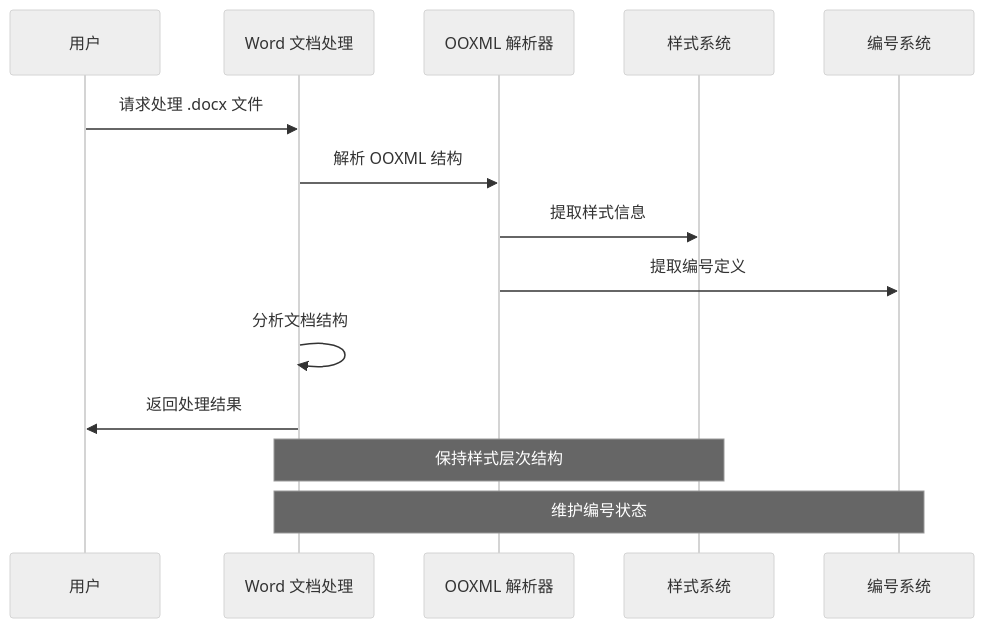
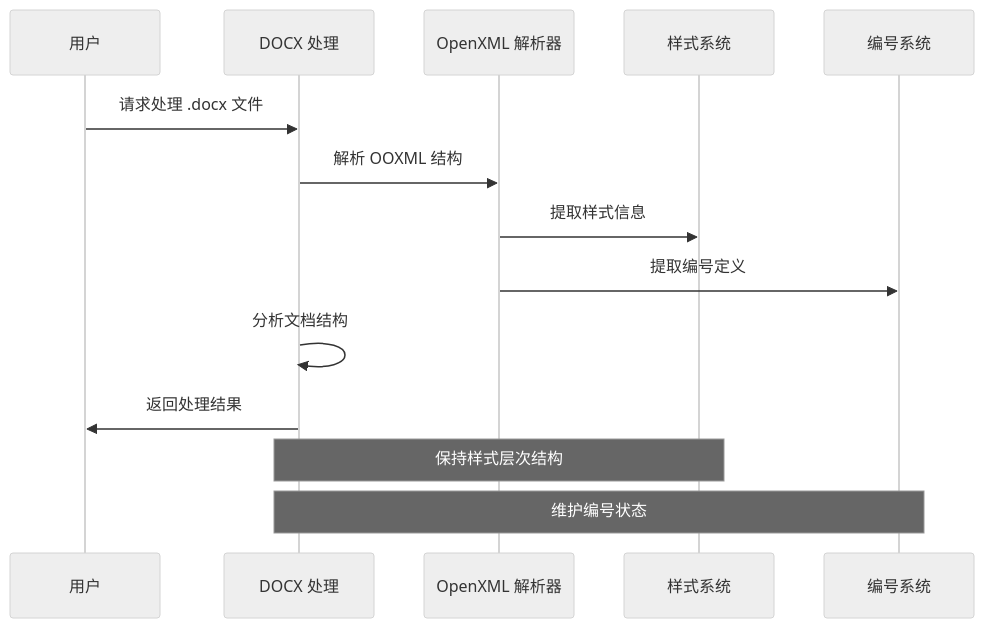
One commit to verse-ai-org/openclaw changed the third of 9 diagrams in .qoder/repowiki/zh/content/技能平台/内置技能/Word 文档处理技能.md. Above: the diagram before and after it, drawn with Mermaid (neutral theme). The commit also changed other lines of this file and 48 other files, not shown here.

````diff
--- a/.qoder/repowiki/zh/content/技能平台/内置技能/Word 文档处理技能.md
+++ b/.qoder/repowiki/zh/content/技能平台/内置技能/Word 文档处理技能.md
@@ -160,16 +175,16 @@
 ```mermaid
 sequenceDiagram
 participant U as 用户
-participant W as Word 文档处理
-participant O as OOXML 解析器
+participant W as DOCX 处理
+participant O as OpenXML 解析器
 participant S as 样式系统
 participant N as 编号系统
 U->>W : 请求处理 .docx 文件
 W->>O : 解析 OOXML 结构
 O->>S : 提取样式信息
 O->>N : 提取编号定义
 W->>W : 分析文档结构
 W->>U : 返回处理结果
 Note over W,S : 保持样式层次结构
 Note over W,N : 维护编号状态
 ```
````
